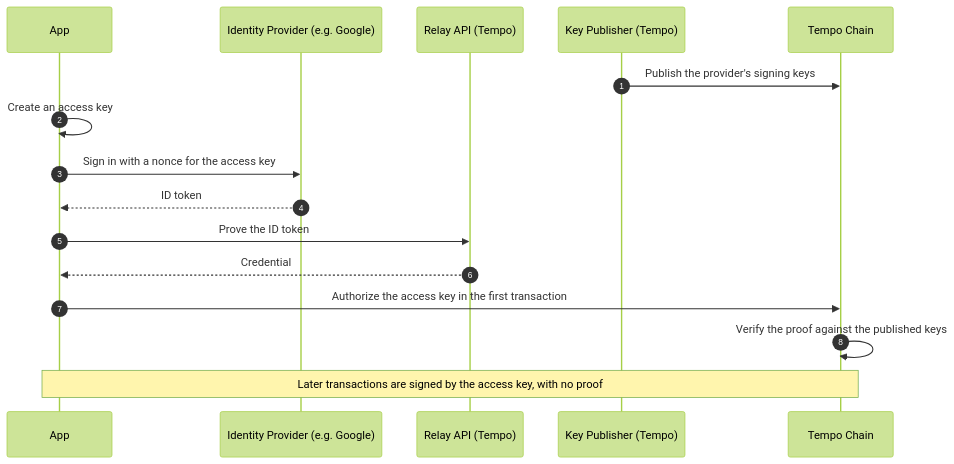
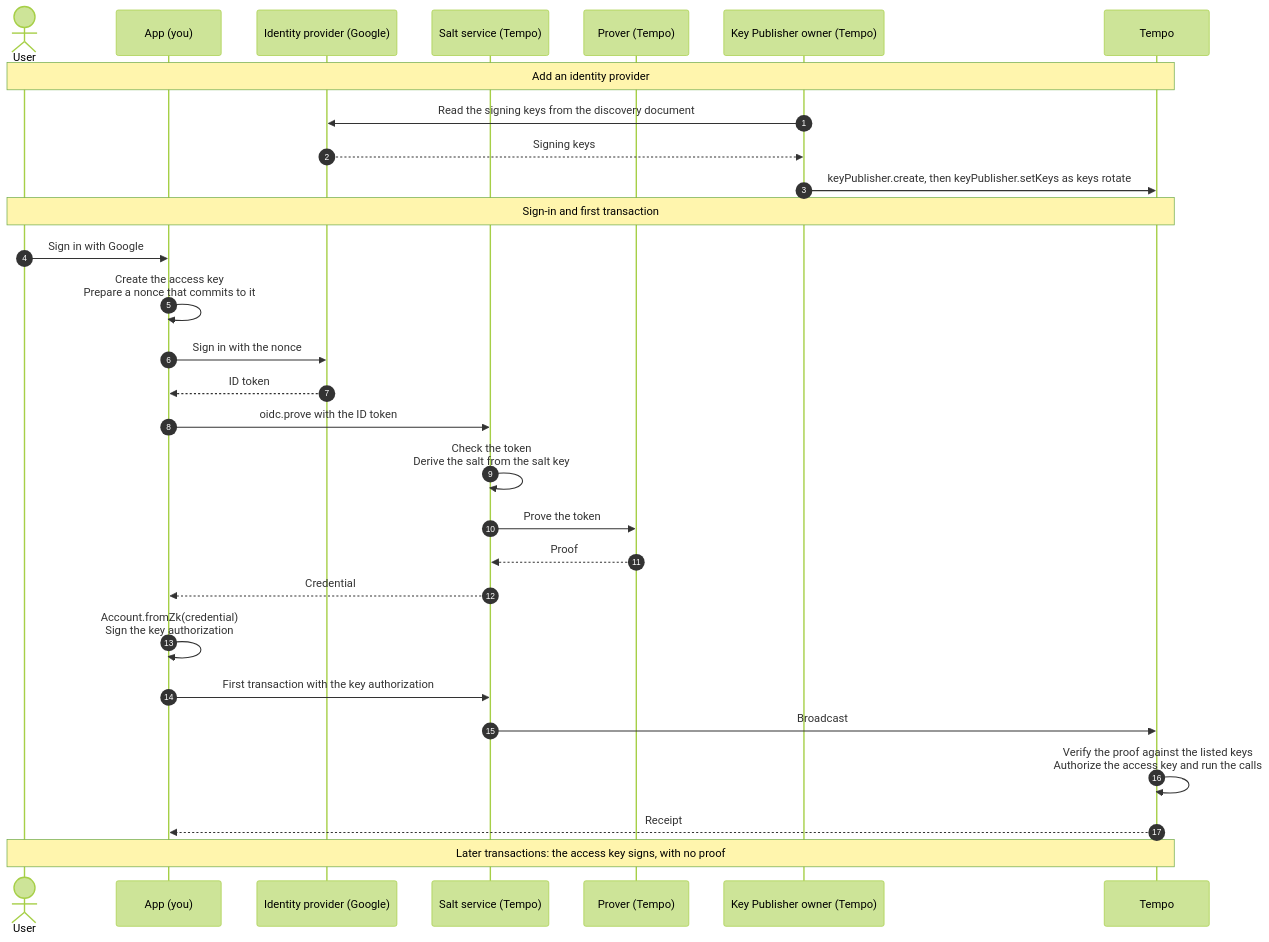
The diagram in site/pages/tempo/guides/oidc/index.mdx (wevm/viem), drawn with Mermaid (forest theme) before and after one commit. The commit also changed other lines of this file and 11 other files, not shown here.

First line of the commit message:
Revert "docs(tempo): align OIDC signing docs with the Viem docs"

````diff
--- a/site/pages/tempo/guides/oidc/index.mdx
+++ b/site/pages/tempo/guides/oidc/index.mdx
@@ -32,19 +27,34 @@
 ```mermaid
 sequenceDiagram
     autonumber
-    participant A as App
-    participant I as Identity Provider (e.g. Google)
-    participant R as Relay API (Tempo)
-    participant K as Key Publisher (Tempo)
-    participant T as Tempo Chain
+    actor U as User
+    participant A as App (you)
+    participant I as Identity provider (Google)
+    participant S as Salt service (Tempo)
+    participant P as Prover (Tempo)
+    participant K as Key Publisher owner (Tempo)
+    participant T as Tempo
 
-    K->>T: Publish the provider's signing keys
-    A->>A: Create an access key
-    A->>I: Sign in with a nonce for the access key
+    Note over U,T: Add an identity provider
+    K->>I: Read the signing keys from the discovery document
+    I-->>K: Signing keys
+    K->>T: keyPublisher.create, then keyPublisher.setKeys as keys rotate
+
+    Note over U,T: Sign-in and first transaction
+    U->>A: Sign in with Google
+    A->>A: Create the access key<br/>Prepare a nonce that commits to it
+    A->>I: Sign in with the nonce
     I-->>A: ID token
-    A->>R: Prove the ID token
-    R-->>A: Credential
-    A->>T: Authorize the access key in the first transaction
-    T->>T: Verify the proof against the published keys
-    Note over A,T: Later transactions are signed by the access key, with no proof
+    A->>S: oidc.prove with the ID token
+    S->>S: Check the token<br/>Derive the salt from the salt key
+    S->>P: Prove the token
+    P-->>S: Proof
+    S-->>A: Credential
+    A->>A: Account.fromZk(credential)<br/>Sign the key authorization
+    A->>S: First transaction with the key authorization
+    S->>T: Broadcast
+    T->>T: Verify the proof against the listed keys<br/>Authorize the access key and run the calls
+    T-->>A: Receipt
+
+    Note over U,T: Later transactions: the access key signs, with no proof
 ```
````
